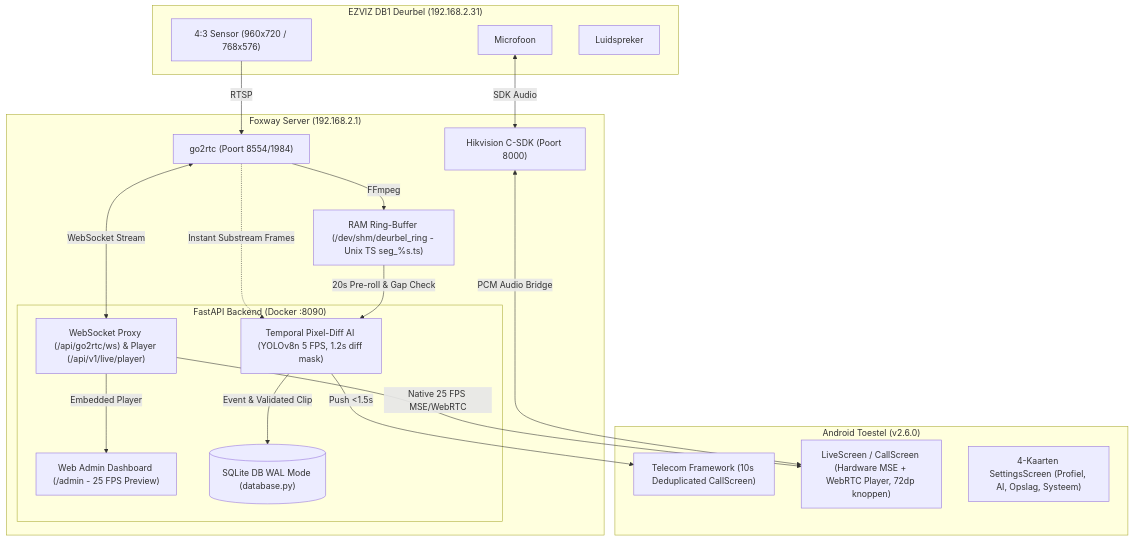
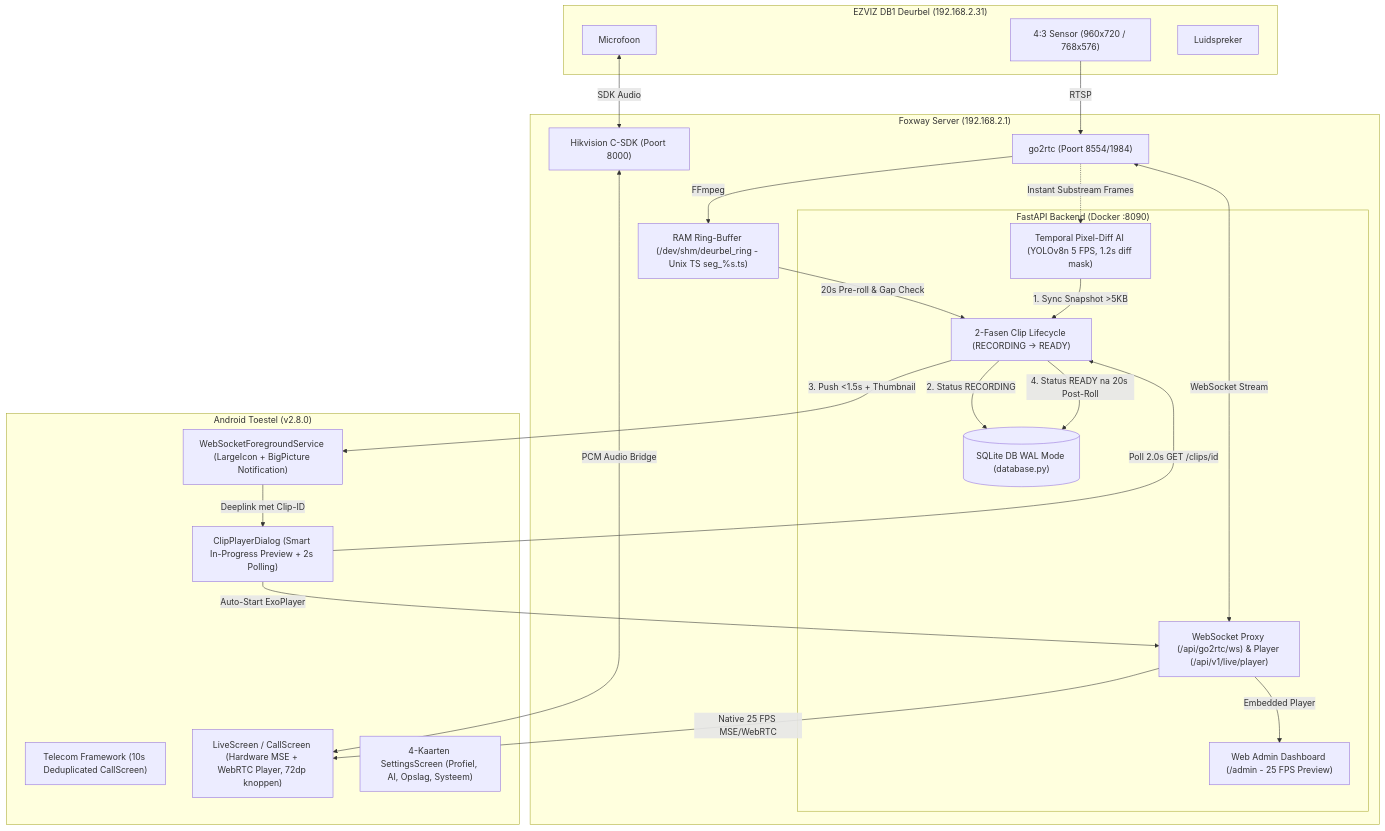
The diagram in docs/ARCHITECTURE.md (foxway-nl/deurbel), drawn with Mermaid before and after one commit. The commit also changed other lines of this file and 17 other files, not shown here.

Commit message:
feat(release): v2.8.0 - 2-phase clip lifecycle (RECORDING -> READY), smart in-progress clip player & largeIcon push notifications

````diff
--- a/docs/ARCHITECTURE.md
+++ b/docs/ARCHITECTURE.md
@@ -9,41 +9,49 @@
 ```mermaid
 flowchart TD
     subgraph Camera ["EZVIZ DB1 Deurbel (192.168.2.31)"]
         CamSensor["4:3 Sensor (960x720 / 768x576)"]
         CamMic["Microfoon"]
         CamSpk["Luidspreker"]
     end
 
     subgraph Server ["Foxway Server (192.168.2.1)"]
         RTSP["go2rtc (Poort 8554/1984)"]
         SDK["Hikvision C-SDK (Poort 8000)"]
         RingBuffer["RAM Ring-Buffer (/dev/shm/deurbel_ring - Unix TS seg_%s.ts)"]
         
         subgraph Backend ["FastAPI Backend (Docker :8090)"]
             WSProxy["WebSocket Proxy (/api/go2rtc/ws) & Player (/api/v1/live/player)"]
             TemporalAI["Temporal Pixel-Diff AI (YOLOv8n 5 FPS, 1.2s diff mask)"]
+            Lifecycle["2-Fasen Clip Lifecycle (RECORDING -> READY)"]
             AdminUI["Web Admin Dashboard (/admin - 25 FPS Preview)"]
             SQLite[("SQLite DB WAL Mode (database.py)")]
         end
     end
 
-    subgraph Client ["Android Toestel (v2.6.0)"]
+    subgraph Client ["Android Toestel (v2.8.0)"]
         Telecom["Telecom Framework (10s Deduplicated CallScreen)"]
         LiveView["LiveScreen / CallScreen (Hardware MSE + WebRTC Player, 72dp knoppen)"]
+        ClipPlayer["ClipPlayerDialog (Smart In-Progress Preview + 2s Polling)"]
+        NotifService["WebSocketForegroundService (LargeIcon + BigPicture Notification)"]
         SettingsUI["4-Kaarten SettingsScreen (Profiel, AI, Opslag, Systeem)"]
     end
 
     CamSensor -->|RTSP| RTSP
     RTSP -->|FFmpeg| RingBuffer
     RTSP <-->|WebSocket Stream| WSProxy
     WSProxy -->|Native 25 FPS MSE/WebRTC| LiveView
     WSProxy -->|Embedded Player| AdminUI
     RTSP -.->|Instant Substream Frames| TemporalAI
     
     CamMic <-->|SDK Audio| SDK
     SDK <-->|PCM Audio Bridge| LiveView
     
-    RingBuffer -->|20s Pre-roll & Gap Check| TemporalAI
-    TemporalAI -->|Event & Validated Clip| SQLite
-    TemporalAI -->|Push <1.5s| Telecom
+    RingBuffer -->|20s Pre-roll & Gap Check| Lifecycle
+    TemporalAI -->|1. Sync Snapshot >5KB| Lifecycle
+    Lifecycle -->|2. Status RECORDING| SQLite
+    Lifecycle -->|3. Push <1.5s + Thumbnail| NotifService
+    NotifService -->|Deeplink met Clip-ID| ClipPlayer
+    ClipPlayer -->|Poll 2.0s GET /clips/id| Lifecycle
+    Lifecycle -->|4. Status READY na 20s Post-Roll| SQLite
+    ClipPlayer -->|Auto-Start ExoPlayer| WSProxy
 ```
````
